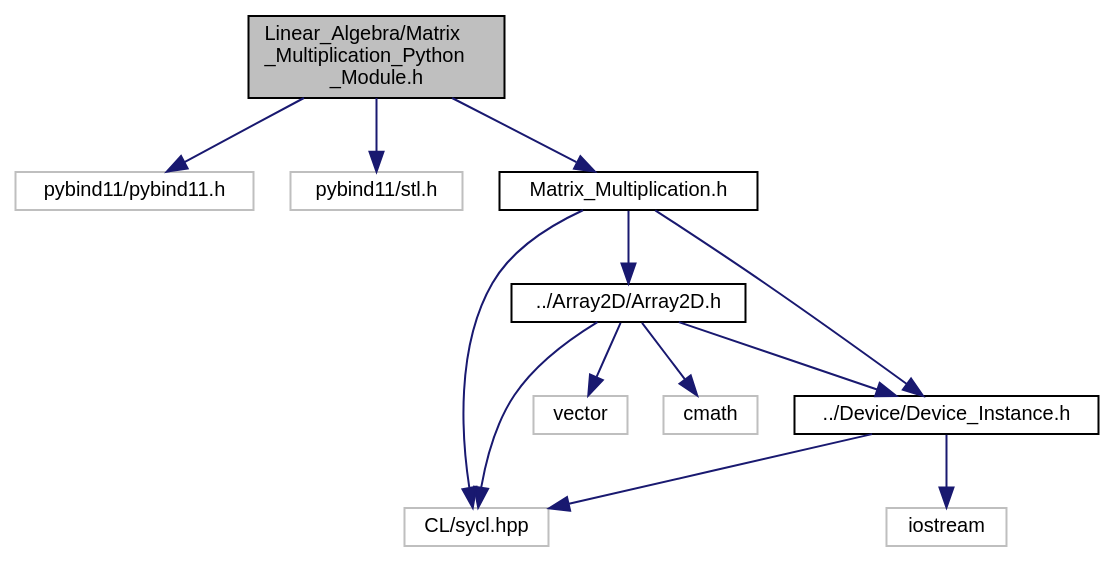
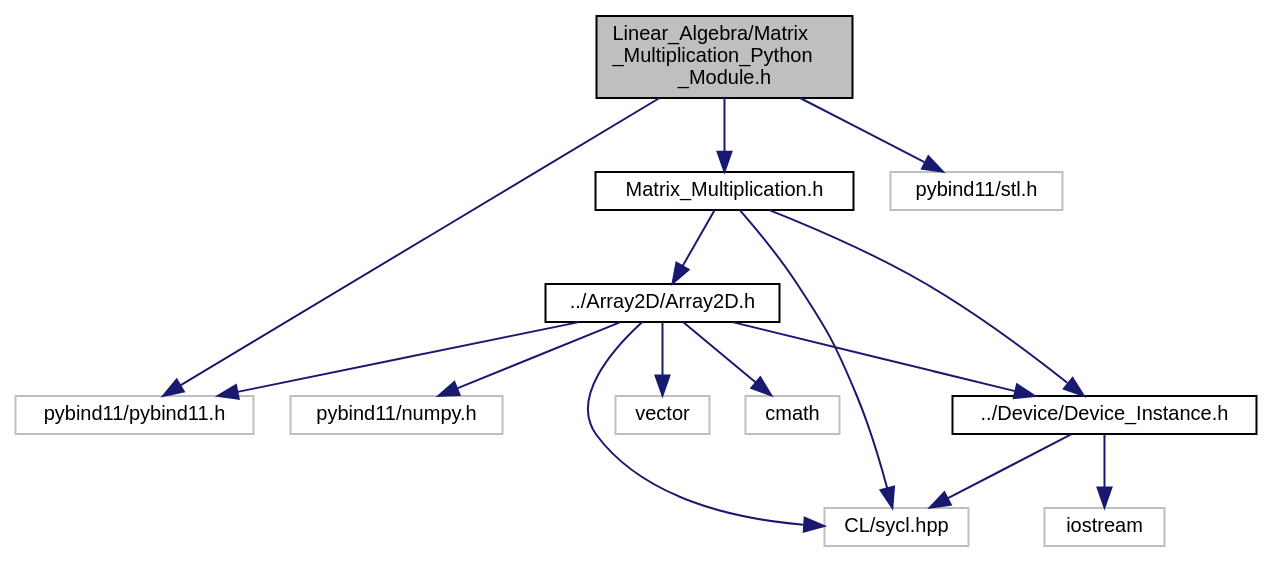
One commit to OsmanAEG/PySYCL changed the diagram in docs/PySYCL_doxygen_html/_matrix___multiplication___python___module_8h__incl.dot. Above: the diagram before and after it, drawn with Graphviz. The commit also changed 147 other files, not shown here.

```diff
--- a/docs/PySYCL_doxygen_html/_matrix___multiplication___python___module_8h__incl.dot
+++ b/docs/PySYCL_doxygen_html/_matrix___multiplication___python___module_8h__incl.dot
@@ -1,30 +1,33 @@
 digraph "Linear_Algebra/Matrix_Multiplication_Python_Module.h"
 {
  // INTERACTIVE_SVG=YES
  // LATEX_PDF_SIZE
   bgcolor="transparent";
   edge [fontname="Helvetica",fontsize="10",labelfontname="Helvetica",labelfontsize="10"];
   node [fontname="Helvetica",fontsize="10",shape=record];
   Node1 [label="Linear_Algebra/Matrix\l_Multiplication_Python\l_Module.h",height=0.2,width=0.4,color="black", fillcolor="grey75", style="filled", fontcolor="black",tooltip="Python module for a matrix multiplication in PySYCL."];
   Node1 -> Node2 [color="midnightblue",fontsize="10",style="solid",fontname="Helvetica"];
   Node2 [label="pybind11/pybind11.h",height=0.2,width=0.4,color="grey75",tooltip=" "];
   Node1 -> Node3 [color="midnightblue",fontsize="10",style="solid",fontname="Helvetica"];
   Node3 [label="pybind11/stl.h",height=0.2,width=0.4,color="grey75",tooltip=" "];
   Node1 -> Node4 [color="midnightblue",fontsize="10",style="solid",fontname="Helvetica"];
   Node4 [label="Matrix_Multiplication.h",height=0.2,width=0.4,color="black",URL="$_matrix___multiplication_8h.html",tooltip="Matrix Multiplication in PySYCL."];
   Node4 -> Node5 [color="midnightblue",fontsize="10",style="solid",fontname="Helvetica"];
   Node5 [label="CL/sycl.hpp",height=0.2,width=0.4,color="grey75",tooltip=" "];
   Node4 -> Node6 [color="midnightblue",fontsize="10",style="solid",fontname="Helvetica"];
-  Node6 [label="../Array2D/Array2D.h",height=0.2,width=0.4,color="black",URL="$_array2_d_8h.html",tooltip="Array2D in PySYCL. This is the shared version of the Array2D class. It is used when the user wants to..."];
+  Node6 [label="../Array2D/Array2D.h",height=0.2,width=0.4,color="black",URL="$_array2_d_8h.html",tooltip="Array2D in PySYCL."];
   Node6 -> Node5 [color="midnightblue",fontsize="10",style="solid",fontname="Helvetica"];
   Node6 -> Node7 [color="midnightblue",fontsize="10",style="solid",fontname="Helvetica"];
   Node7 [label="vector",height=0.2,width=0.4,color="grey75",tooltip=" "];
   Node6 -> Node8 [color="midnightblue",fontsize="10",style="solid",fontname="Helvetica"];
   Node8 [label="cmath",height=0.2,width=0.4,color="grey75",tooltip=" "];
+  Node6 -> Node2 [color="midnightblue",fontsize="10",style="solid",fontname="Helvetica"];
   Node6 -> Node9 [color="midnightblue",fontsize="10",style="solid",fontname="Helvetica"];
-  Node9 [label="../Device/Device_Instance.h",height=0.2,width=0.4,color="black",URL="$_device___instance_8h.html",tooltip="Device instance for device selection in PySYCL."];
-  Node9 -> Node10 [color="midnightblue",fontsize="10",style="solid",fontname="Helvetica"];
-  Node10 [label="iostream",height=0.2,width=0.4,color="grey75",tooltip=" "];
-  Node9 -> Node5 [color="midnightblue",fontsize="10",style="solid",fontname="Helvetica"];
-  Node4 -> Node9 [color="midnightblue",fontsize="10",style="solid",fontname="Helvetica"];
+  Node9 [label="pybind11/numpy.h",height=0.2,width=0.4,color="grey75",tooltip=" "];
+  Node6 -> Node10 [color="midnightblue",fontsize="10",style="solid",fontname="Helvetica"];
+  Node10 [label="../Device/Device_Instance.h",height=0.2,width=0.4,color="black",URL="$_device___instance_8h.html",tooltip="Device instance for device selection in PySYCL."];
+  Node10 -> Node11 [color="midnightblue",fontsize="10",style="solid",fontname="Helvetica"];
+  Node11 [label="iostream",height=0.2,width=0.4,color="grey75",tooltip=" "];
+  Node10 -> Node5 [color="midnightblue",fontsize="10",style="solid",fontname="Helvetica"];
+  Node4 -> Node10 [color="midnightblue",fontsize="10",style="solid",fontname="Helvetica"];
 }
```
